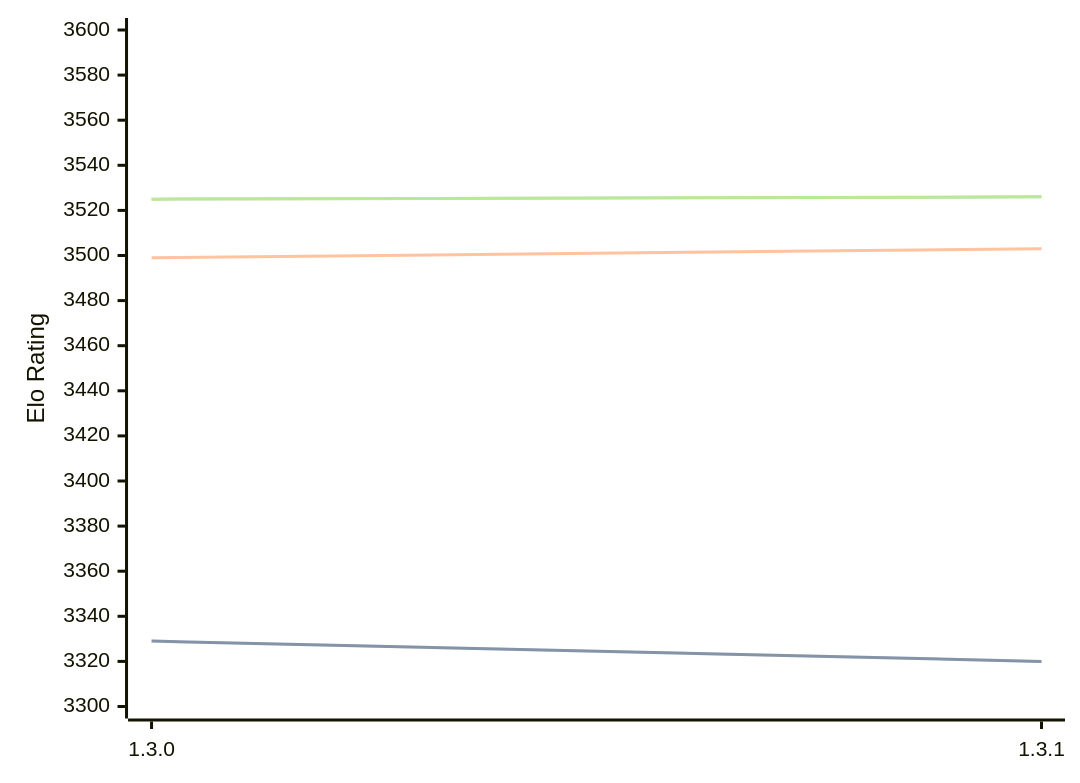
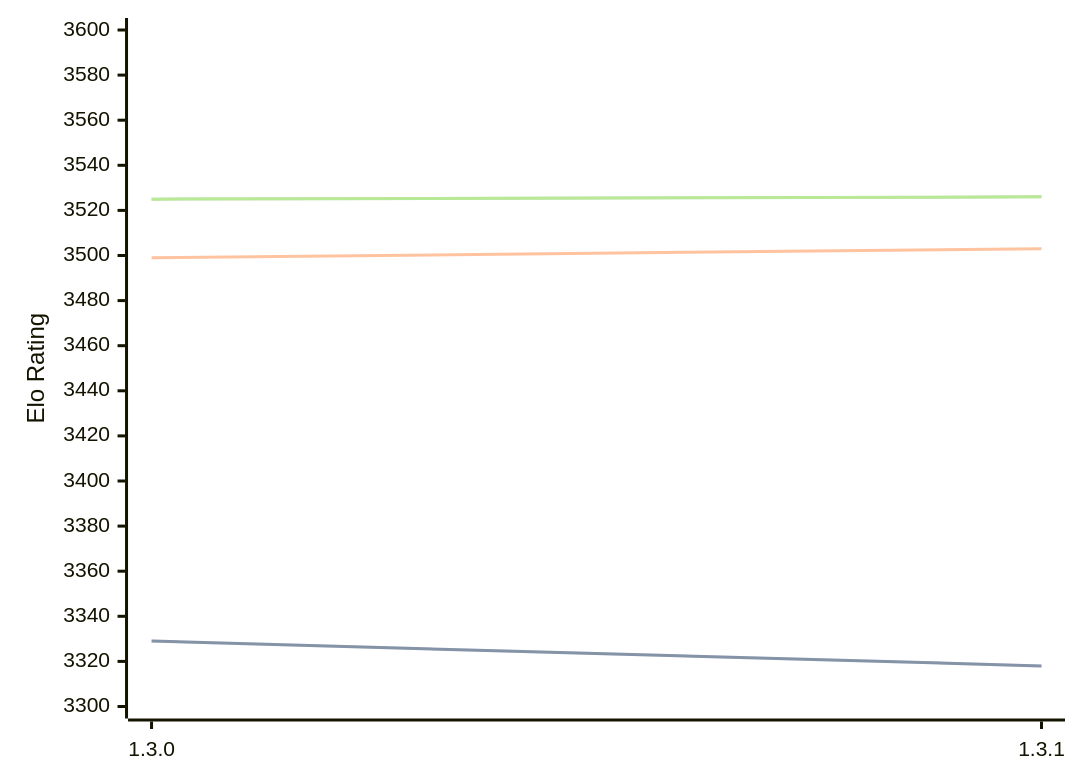
The diagram in engines/Renegade.md (computer-chess-index/cci), drawn with Mermaid before and after one commit. The commit also changed other lines of this file, not shown here.

````diff
--- a/engines/Renegade.md
+++ b/engines/Renegade.md
@@ -42,11 +42,11 @@
 ```mermaid
 %%{init: {"theme":"base","themeVariables":{"seriesColors:['#a3a3a3','#222221','#faa371']}}}%%
 xychart-beta
   x-axis ["1.3.0", "1.3.1"]
   y-axis "Elo Rating" 3300 --> 3600
-  line "STC (8.0+0.08s)" [3329, 3320]
-  line "STC (8.0+0.08s)" [3329, 3320]
+  line "STC (8.0+0.08s)" [3329, 3318]
+  line "STC (8.0+0.08s)" [3329, 3318]
   line "LTC (60.0+0.60s)" [3499, 3503]
   line "VLTC (2m24s+1.12s)" [3525, 3526]
   line "VLTC (2m24s+1.12s)" [3525, 3526]
 ```
````
